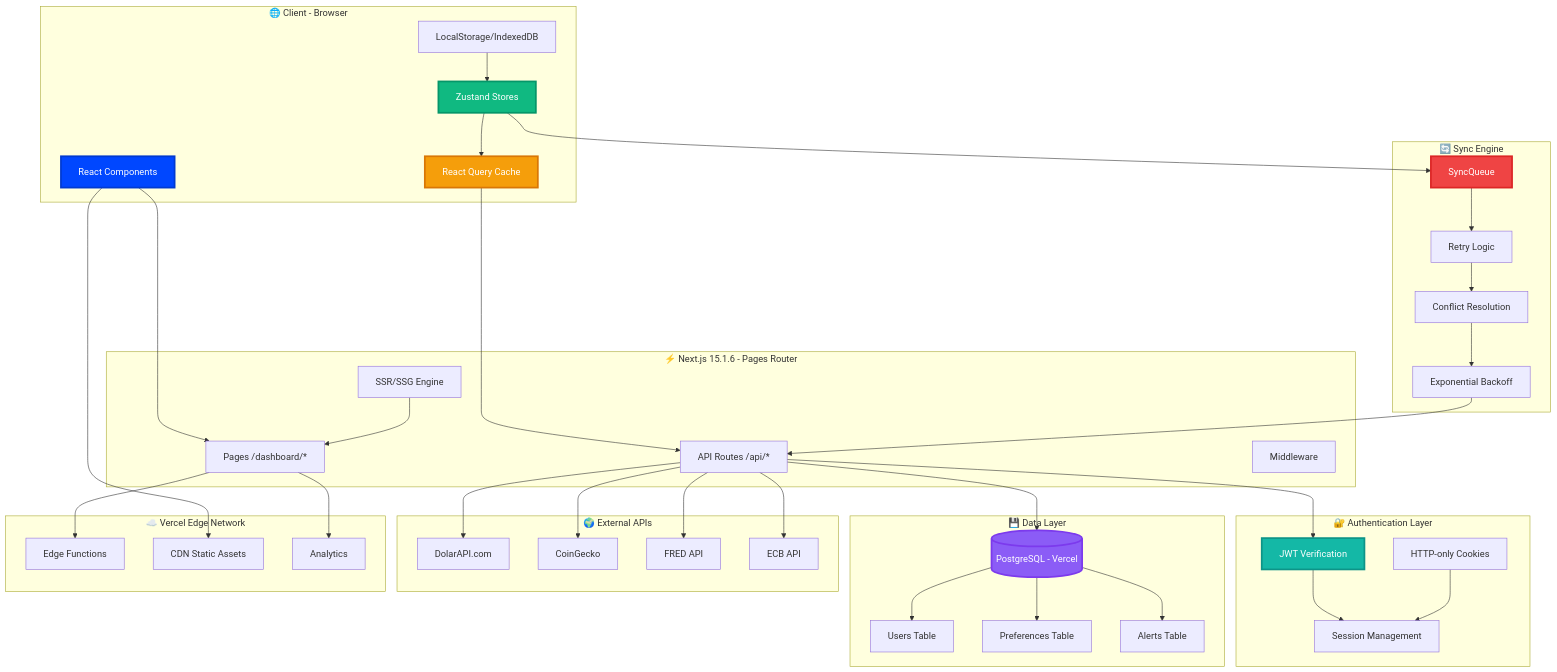
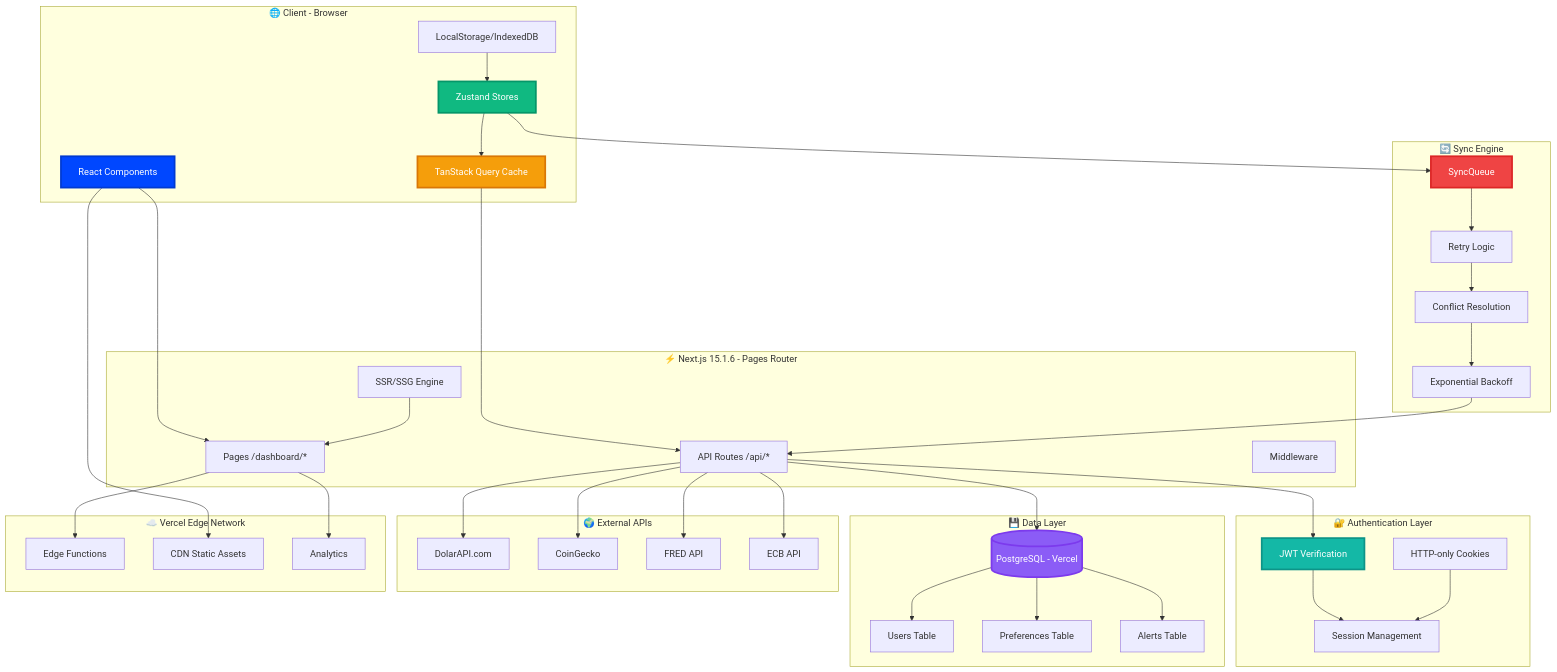
Before and after one commit to tomymaritano/dolargaucho-retro: the first of 3 diagrams in docs/ARCHITECTURE_DIAGRAMS.md, drawn with Mermaid. The commit also changed other lines of this file and 2 other files, not shown here.

First line of the commit message:
docs: standardize to tanstack query terminology

```diff
--- a/docs/ARCHITECTURE_DIAGRAMS.md
+++ b/docs/ARCHITECTURE_DIAGRAMS.md
@@ -18,7 +18,7 @@
     subgraph "🌐 Client - Browser"
         A[React Components]
         B[Zustand Stores]
-        C[React Query Cache]
+        C[TanStack Query Cache]
         D[LocalStorage/IndexedDB]
     end
 
```
